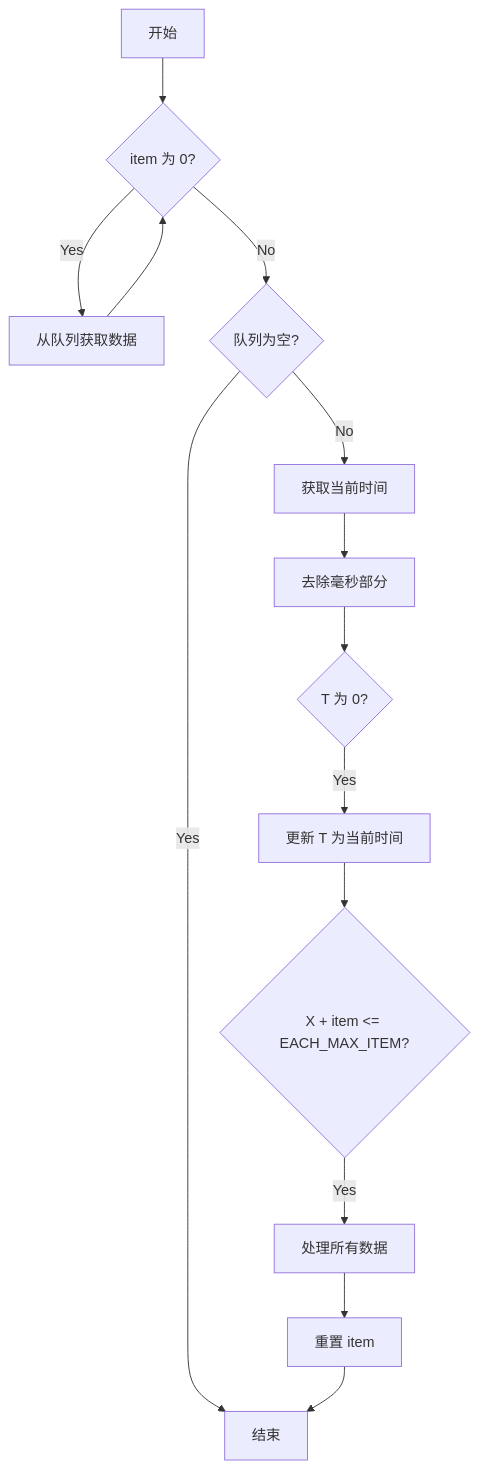
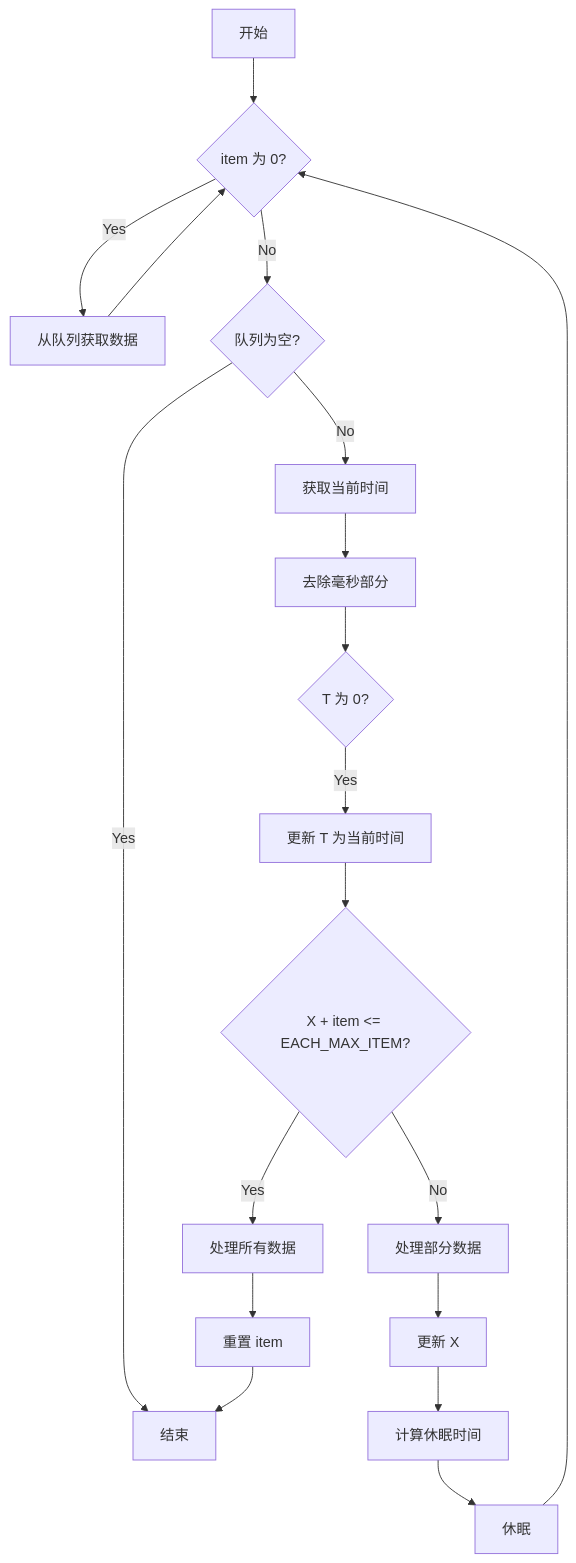
One commit to joyafa/iodraw-files changed the diagram in all/未命名-3.md. Above: the diagram before and after it, drawn with Mermaid.

Commit message:
2024-11-09 13:50:33 update

````diff
--- a/all/未命名-3.md
+++ b/all/未命名-3.md
@@ -1,17 +1,22 @@
 ```mermaid
 
 flowchart TD
     Start[开始] --> CheckItem{item 为 0?}
     CheckItem -->|Yes| GetItem[从队列获取数据]
     GetItem --> CheckItem
     CheckItem -->|No| CheckQueueEmpty{队列为空?}
     CheckQueueEmpty -->|Yes| End[结束]
     CheckQueueEmpty -->|No| GetCurrentTime[获取当前时间]
     GetCurrentTime --> RemoveMicroseconds[去除毫秒部分]
     RemoveMicroseconds --> CheckTZero{T 为 0?}
     CheckTZero -->|Yes| UpdateT[更新 T 为当前时间]
     UpdateT --> CheckMaxItem{X + item <= EACH_MAX_ITEM?}
     CheckMaxItem -->|Yes| ConsumeAll[处理所有数据]
     ConsumeAll --> ResetItem[重置 item]
     ResetItem --> End
+    CheckMaxItem -->|No| ConsumePartial[处理部分数据]
+    ConsumePartial --> UpdateX[更新 X]
+    UpdateX --> CalculateSleepTime[计算休眠时间]
+    CalculateSleepTime --> Sleep[休眠]
+    Sleep --> CheckItem
 ```
````
